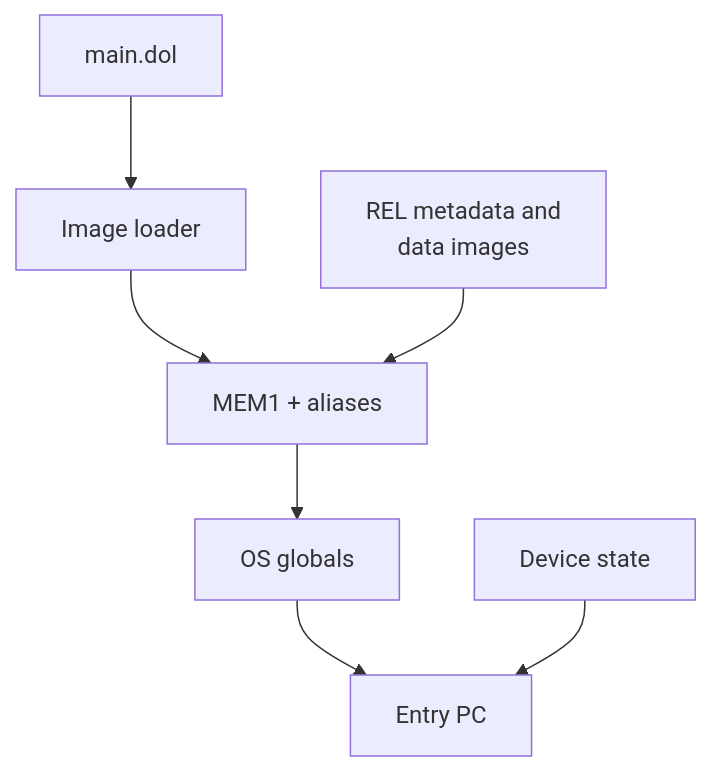
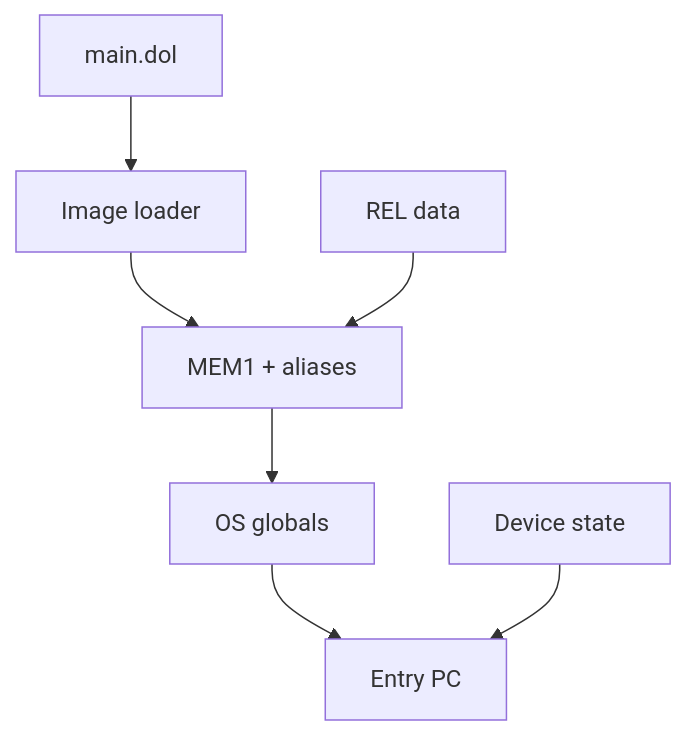
The diagram in docs/architecture/runtime/GuestState.md (Aelbannan/boat_of_daphnes), drawn with Mermaid before and after one commit. The commit also changed 6 other files, not shown here.

Commit message:
docs: remove clipped Mermaid multiline labels

````diff
--- a/docs/architecture/runtime/GuestState.md
+++ b/docs/architecture/runtime/GuestState.md
@@ -32,15 +32,15 @@
 ```mermaid
 flowchart TD
     DOL["main.dol"]
-    REL["REL metadata and<br/>data images"]
+    REL["REL data"]
     Loader["Image loader"]
     Memory["MEM1 + aliases"]
     OS["OS globals"]
     Devices["Device state"]
     PC["Entry PC"]
 
     DOL --> Loader --> Memory
     REL --> Memory
     Memory --> OS --> PC
     Devices --> PC
 ```
````
